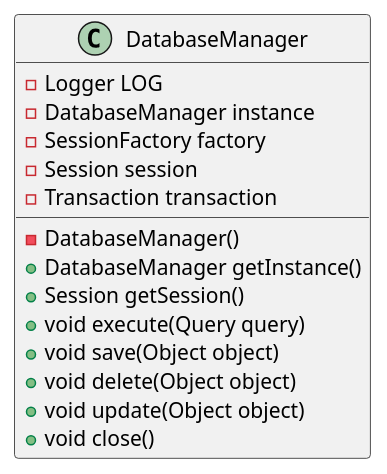
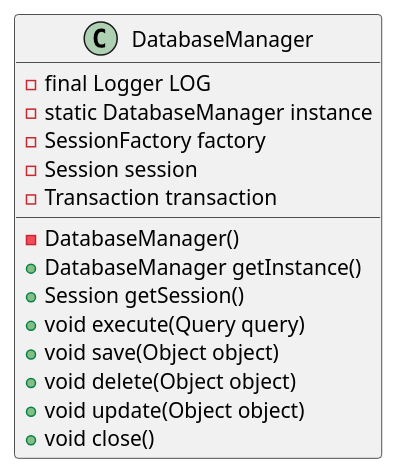
The diagram in doc/PRO/Diagramme_UMLs/Database.puml (heig-vd-pro2017/projet), drawn with PlantUML before and after one commit. The commit also changed 6 other files, not shown here.

Commit message:
diagramm all package

```diff
--- a/doc/PRO/Diagramme_UMLs/Database.puml
+++ b/doc/PRO/Diagramme_UMLs/Database.puml
@@ -1,21 +1,21 @@
 @startuml
 
 
 class DatabaseManager{
-- Logger LOG
--DatabaseManager instance
+- final Logger LOG
+-static DatabaseManager instance
 -SessionFactory factory
 -Session session
 -Transaction transaction
 -DatabaseManager()
 +DatabaseManager getInstance()
 +Session getSession()
 +void execute(Query query)
 +void save(Object object)
 +void delete(Object object)
 +void update(Object object)
-+void close() 
++void close()
 }
 
 
 @enduml
```
